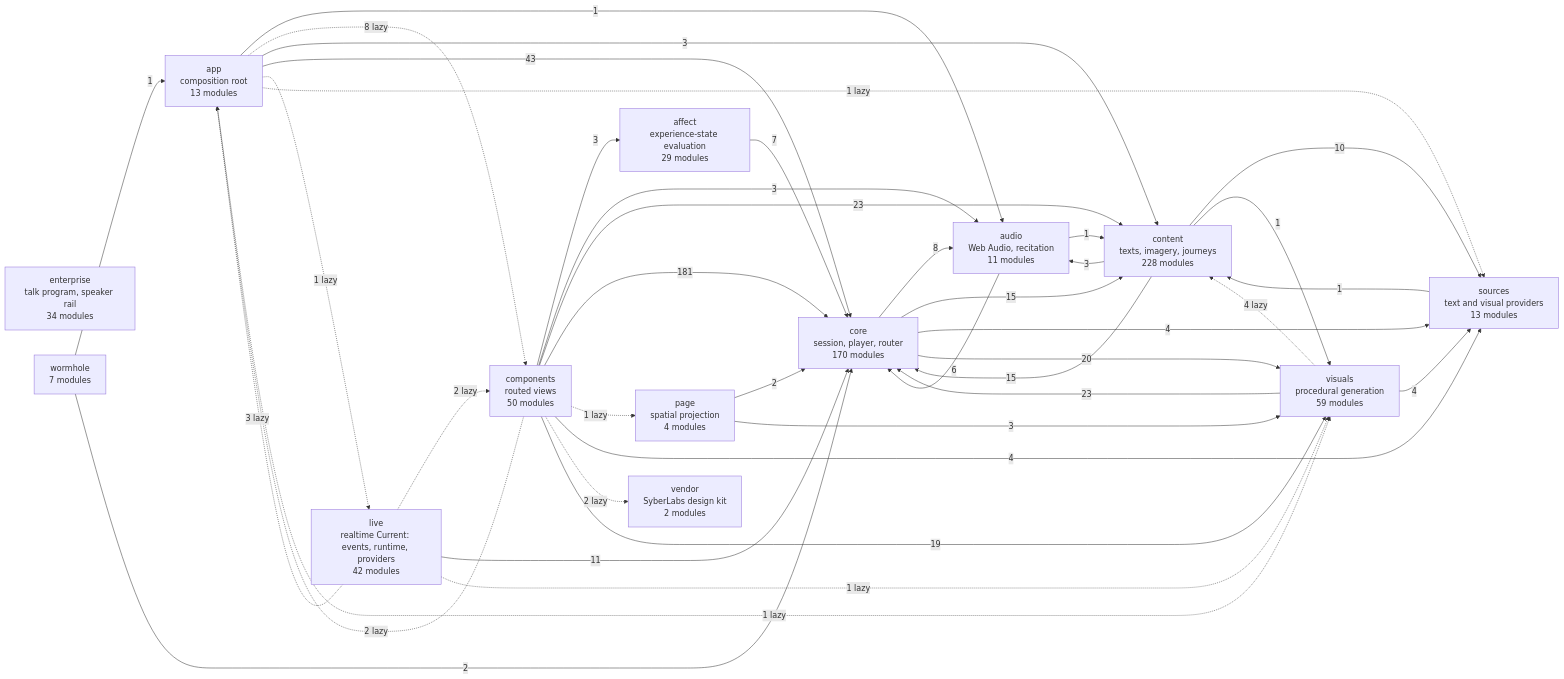
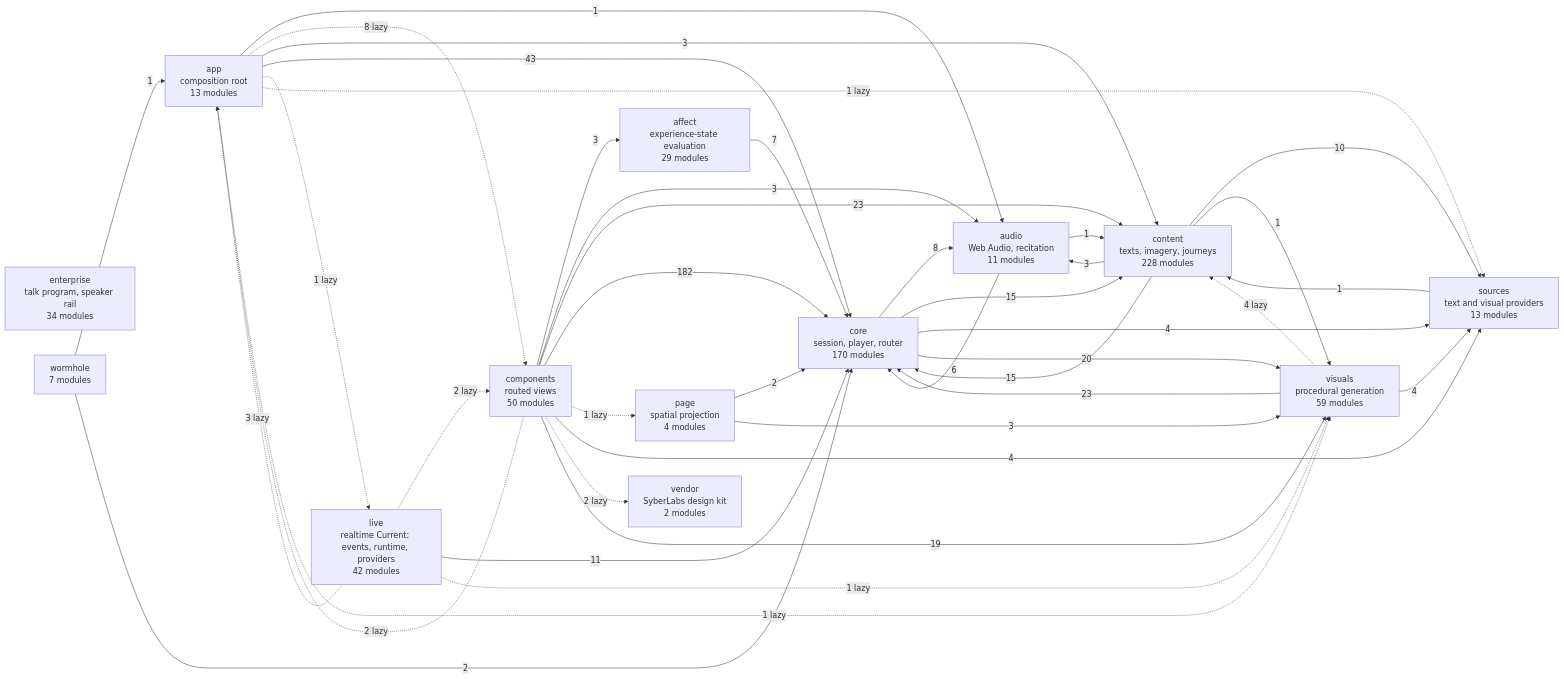
The diagram in docs/specs/ARCHITECTURE.md (SyberLabs/RISE), drawn with Mermaid before and after one commit. The commit also changed 5 other files, not shown here.

````diff
--- a/docs/specs/ARCHITECTURE.md
+++ b/docs/specs/ARCHITECTURE.md
@@ -154,56 +154,56 @@
 ```mermaid
 flowchart LR
     affect["affect<br/>experience-state evaluation<br/>29 modules"]
     app["app<br/>composition root<br/>13 modules"]
     audio["audio<br/>Web Audio, recitation<br/>11 modules"]
     components["components<br/>routed views<br/>50 modules"]
     content["content<br/>texts, imagery, journeys<br/>228 modules"]
     core["core<br/>session, player, router<br/>170 modules"]
     enterprise["enterprise<br/>talk program, speaker rail<br/>34 modules"]
     live["live<br/>realtime Current: events, runtime, providers<br/>42 modules"]
     page["page<br/>spatial projection<br/>4 modules"]
     sources["sources<br/>text and visual providers<br/>13 modules"]
     vendor["vendor<br/>SyberLabs design kit<br/>2 modules"]
     visuals["visuals<br/>procedural generation<br/>59 modules"]
     wormhole["wormhole<br/>7 modules"]
 
     affect --> |7| core
     app --> |1| audio
     app -.-> |8 lazy| components
     app --> |3| content
     app --> |43| core
     app -.-> |1 lazy| live
     app -.-> |1 lazy| sources
     app -.-> |1 lazy| visuals
     audio --> |1| content
     audio --> |6| core
     components --> |3| affect
     components -.-> |2 lazy| app
     components --> |3| audio
     components --> |23| content
-    components --> |181| core
+    components --> |182| core
     components -.-> |1 lazy| page
     components --> |4| sources
     components -.-> |2 lazy| vendor
     components --> |19| visuals
     content --> |3| audio
     content --> |15| core
     content --> |10| sources
     content --> |1| visuals
     core --> |8| audio
     core --> |15| content
     core --> |4| sources
     core --> |20| visuals
     live -.-> |3 lazy| app
     live -.-> |2 lazy| components
     live --> |11| core
     live -.-> |1 lazy| visuals
     page --> |2| core
     page --> |3| visuals
     sources --> |1| content
     visuals -.-> |4 lazy| content
     visuals --> |23| core
     visuals --> |4| sources
     wormhole --> |1| app
     wormhole --> |2| core
 ```
````
